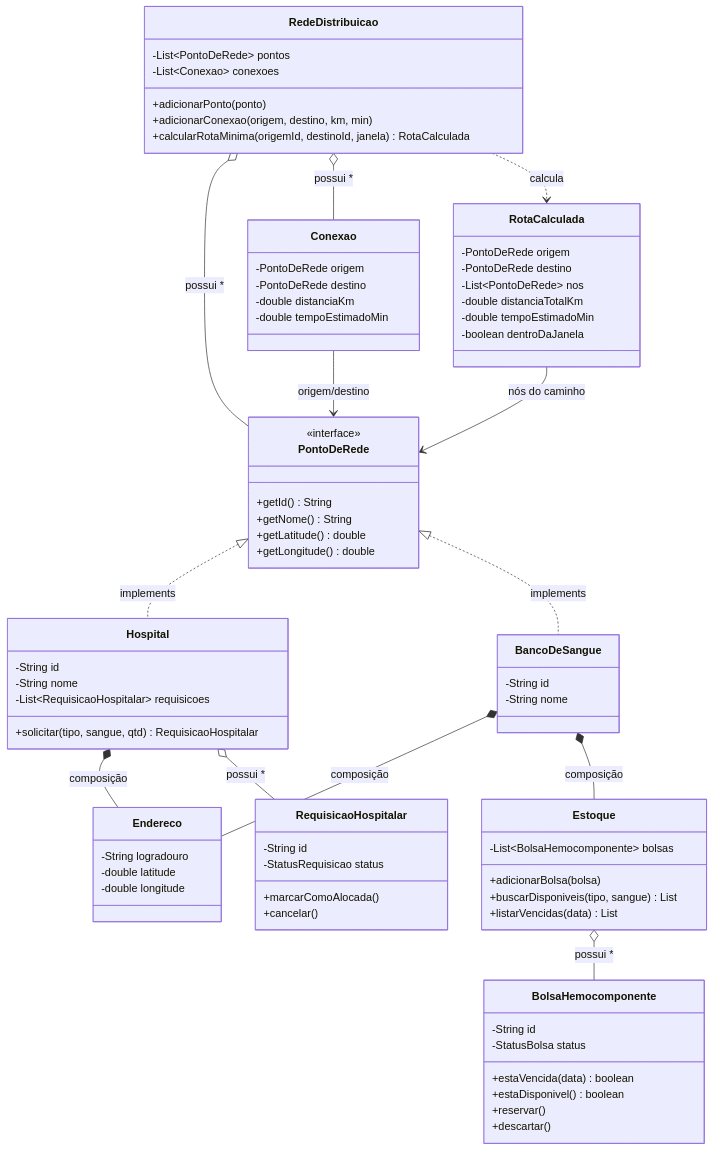
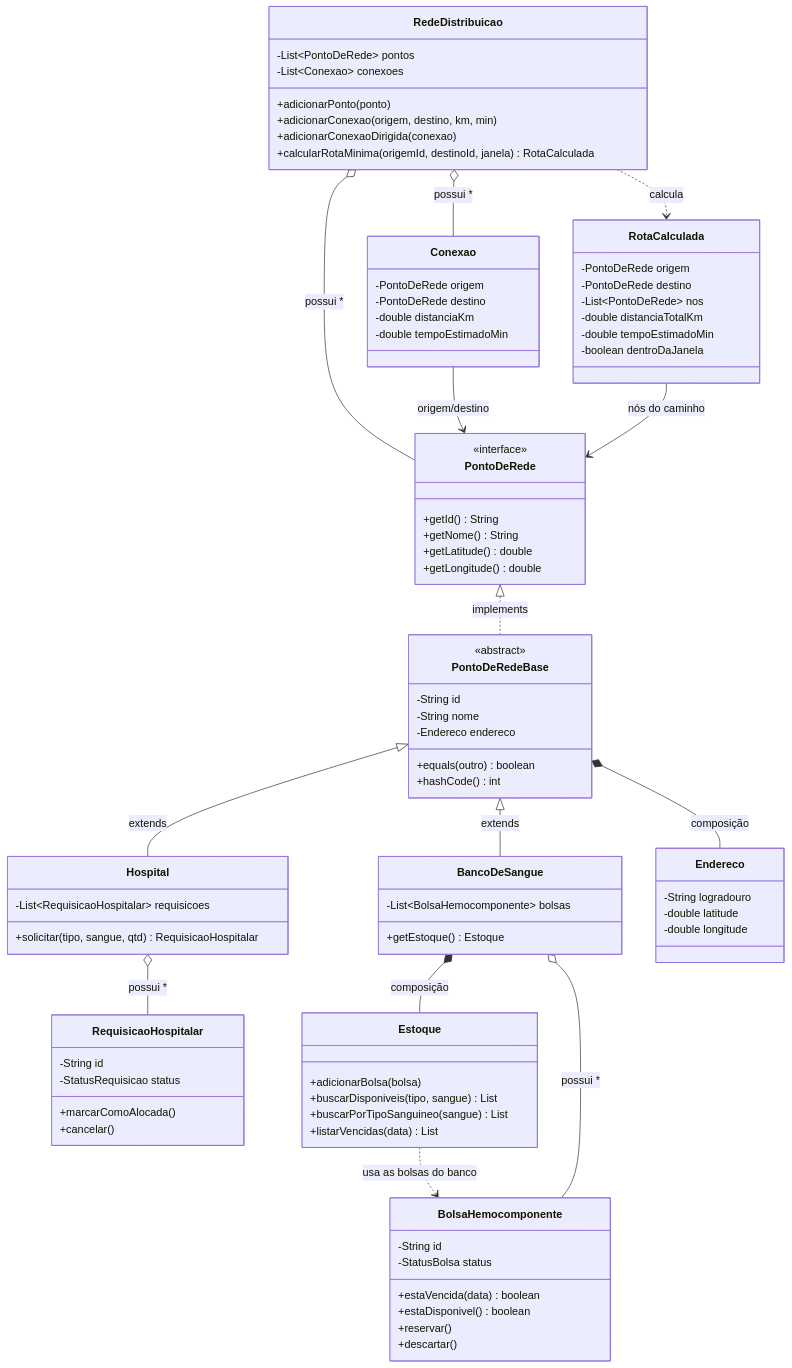
One commit to viictorpaes/Rotavital changed the first of 3 diagrams in docs/MODELO_DE_DOMINIO.md. Above: the diagram before and after it, drawn with Mermaid. The commit also changed other lines of this file and 13 other files, not shown here.

```diff
--- a/docs/MODELO_DE_DOMINIO.md
+++ b/docs/MODELO_DE_DOMINIO.md
@@ -50,6 +50,15 @@
         +getLongitude() double
     }
 
+    class PontoDeRedeBase {
+        <<abstract>>
+        -String id
+        -String nome
+        -Endereco endereco
+        +equals(outro) boolean
+        +hashCode() int
+    }
+
     class Endereco {
         -String logradouro
         -double latitude
@@ -57,21 +66,19 @@
     }
 
     class Hospital {
-        -String id
-        -String nome
         -List~RequisicaoHospitalar~ requisicoes
         +solicitar(tipo, sangue, qtd) RequisicaoHospitalar
     }
 
     class BancoDeSangue {
-        -String id
-        -String nome
+        -List~BolsaHemocomponente~ bolsas
+        +getEstoque() Estoque
     }
 
     class Estoque {
-        -List~BolsaHemocomponente~ bolsas
         +adicionarBolsa(bolsa)
         +buscarDisponiveis(tipo, sangue) List
+        +buscarPorTipoSanguineo(sangue) List
         +listarVencidas(data) List
     }
 
@@ -103,6 +110,7 @@
         -List~Conexao~ conexoes
         +adicionarPonto(ponto)
         +adicionarConexao(origem, destino, km, min)
+        +adicionarConexaoDirigida(conexao)
         +calcularRotaMinima(origemId, destinoId, janela) RotaCalculada
     }
 
@@ -115,12 +123,13 @@
         -boolean dentroDaJanela
     }
 
-    PontoDeRede <|.. Hospital : implements
-    PontoDeRede <|.. BancoDeSangue : implements
-    Hospital *-- Endereco : composição
-    BancoDeSangue *-- Endereco : composição
+    PontoDeRede <|.. PontoDeRedeBase : implements
+    PontoDeRedeBase <|-- Hospital : extends
+    PontoDeRedeBase <|-- BancoDeSangue : extends
+    PontoDeRedeBase *-- Endereco : composição
     BancoDeSangue *-- Estoque : composição
-    Estoque o-- BolsaHemocomponente : possui *
+    BancoDeSangue o-- BolsaHemocomponente : possui *
+    Estoque ..> BolsaHemocomponente : usa as bolsas do banco
     Hospital o-- RequisicaoHospitalar : possui *
     RedeDistribuicao o-- PontoDeRede : possui *
     RedeDistribuicao o-- Conexao : possui *
```
